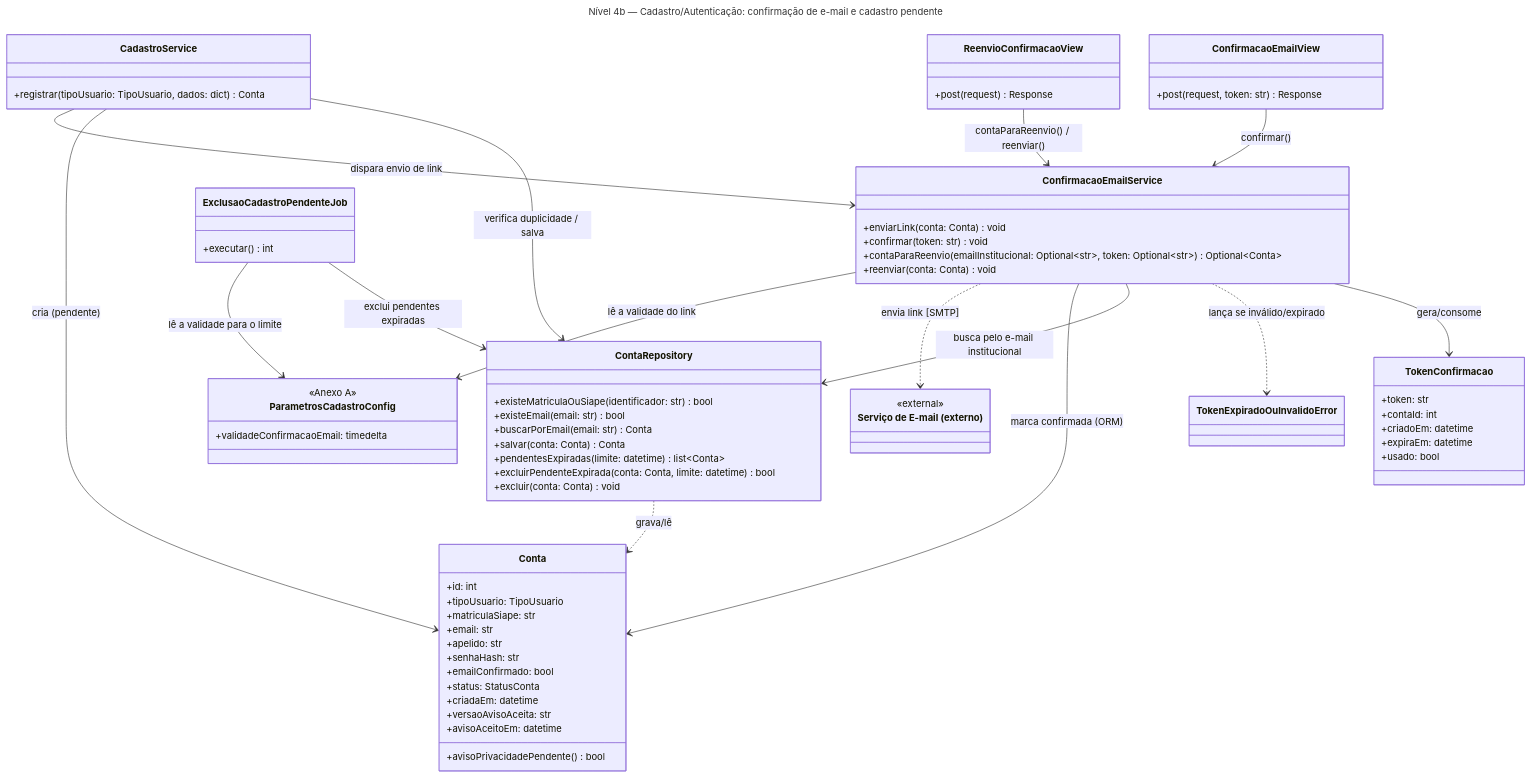
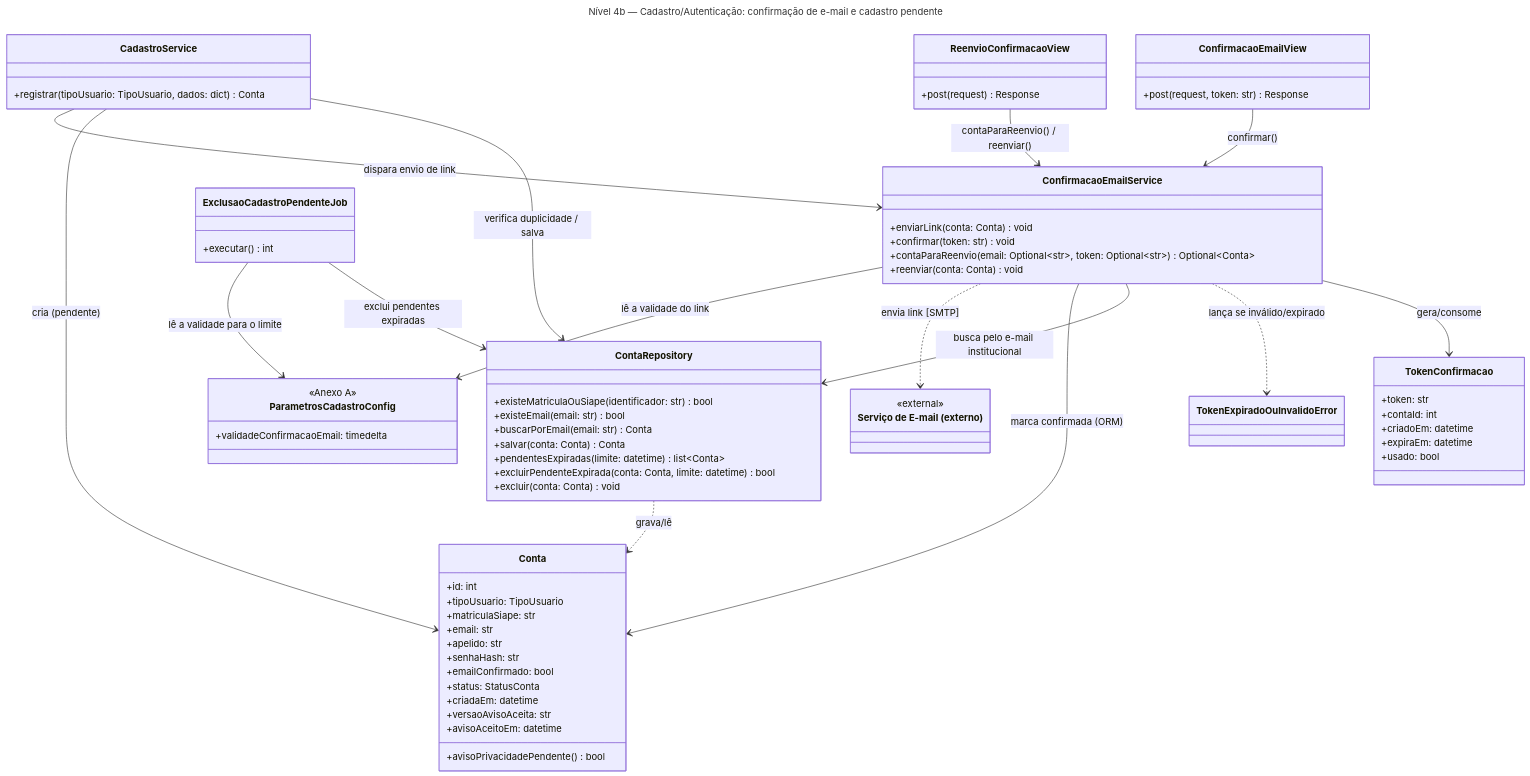
The second of 4 diagrams in docs/arquitetura/backend/c4-nivel-4-cadastro-autenticacao.md (unb-mds/2026-2-Bandejao-UnB), drawn with Mermaid before and after one commit. The commit also changed other lines of this file and 4 other files, not shown here.

````diff
--- a/docs/arquitetura/backend/c4-nivel-4-cadastro-autenticacao.md
+++ b/docs/arquitetura/backend/c4-nivel-4-cadastro-autenticacao.md
@@ -213,77 +213,77 @@
 ```mermaid
 ---
 title: "Nível 4b — Cadastro/Autenticação: confirmação de e-mail e cadastro pendente"
 ---
 classDiagram
   class ConfirmacaoEmailView {
     +post(request, token: str) Response
   }
   class ReenvioConfirmacaoView {
     +post(request) Response
   }
   class CadastroService {
     +registrar(tipoUsuario: TipoUsuario, dados: dict) Conta
   }
   class ConfirmacaoEmailService {
     +enviarLink(conta: Conta) void
     +confirmar(token: str) void
-    +contaParaReenvio(emailInstitucional: Optional~str~, token: Optional~str~) Optional~Conta~
+    +contaParaReenvio(email: Optional~str~, token: Optional~str~) Optional~Conta~
     +reenviar(conta: Conta) void
   }
   class TokenConfirmacao {
     +token: str
     +contaId: int
     +criadoEm: datetime
     +expiraEm: datetime
     +usado: bool
   }
   class TokenExpiradoOuInvalidoError
   class ContaRepository {
     +existeMatriculaOuSiape(identificador: str) bool
     +existeEmail(email: str) bool
     +buscarPorEmail(email: str) Conta
     +salvar(conta: Conta) Conta
     +pendentesExpiradas(limite: datetime) list~Conta~
     +excluirPendenteExpirada(conta: Conta, limite: datetime) bool
     +excluir(conta: Conta) void
   }
   class ExclusaoCadastroPendenteJob {
     +executar() int
   }
   class ParametrosCadastroConfig {
     <<Anexo A>>
     +validadeConfirmacaoEmail: timedelta
   }
   class EmailSvc["Serviço de E-mail (externo)"] {
     <<external>>
   }
   class Conta {
     +id: int
     +tipoUsuario: TipoUsuario
     +matriculaSiape: str
     +email: str
     +apelido: str
     +senhaHash: str
     +emailConfirmado: bool
     +status: StatusConta
     +criadaEm: datetime
     +versaoAvisoAceita: str
     +avisoAceitoEm: datetime
     +avisoPrivacidadePendente() bool
   }
 
   ConfirmacaoEmailView --> ConfirmacaoEmailService : confirmar()
   ReenvioConfirmacaoView --> ConfirmacaoEmailService : contaParaReenvio() / reenviar()
   CadastroService --> ContaRepository : verifica duplicidade / salva
   CadastroService --> Conta : cria (pendente)
   CadastroService --> ConfirmacaoEmailService : dispara envio de link
   ConfirmacaoEmailService --> TokenConfirmacao : gera/consome
   ConfirmacaoEmailService ..> TokenExpiradoOuInvalidoError : lança se inválido/expirado
   ConfirmacaoEmailService --> ContaRepository : busca pelo e-mail institucional
   ConfirmacaoEmailService --> Conta : marca confirmada (ORM)
   ConfirmacaoEmailService ..> EmailSvc : envia link [SMTP]
   ExclusaoCadastroPendenteJob --> ContaRepository : exclui pendentes expiradas
   ConfirmacaoEmailService --> ParametrosCadastroConfig : lê a validade do link
   ExclusaoCadastroPendenteJob --> ParametrosCadastroConfig : lê a validade para o limite
   ContaRepository ..> Conta : grava/lê
 ```
````
